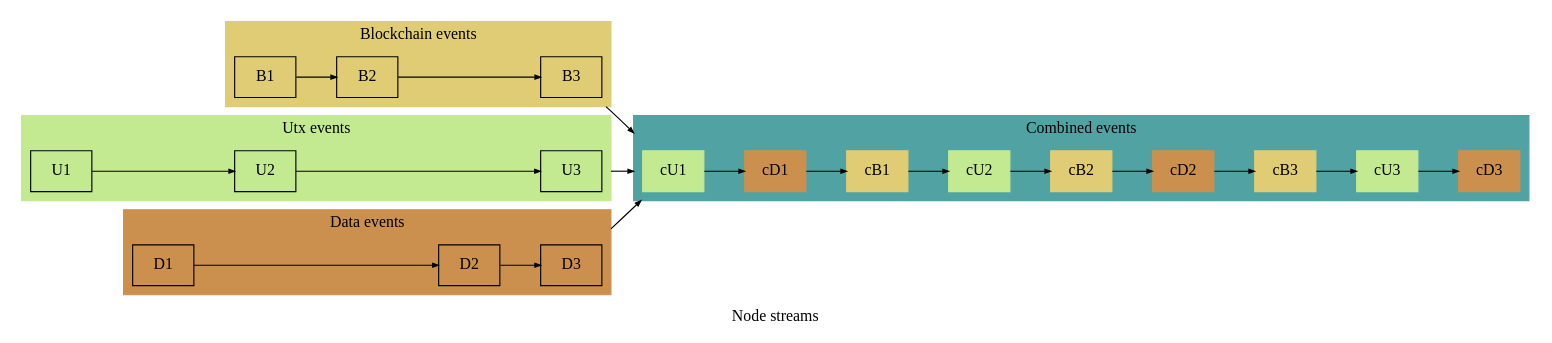
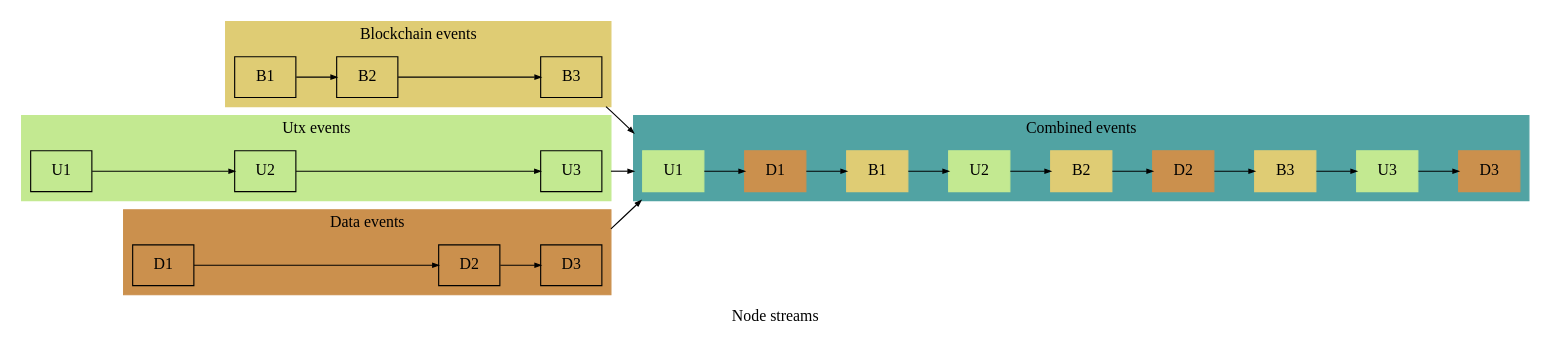
Before and after one commit to wavesplatform/matcher: the diagram in docs/images/wni-streams.dot, drawn with Graphviz. The commit also changed 8 other files, not shown here.

```diff
--- a/docs/images/wni-streams.dot
+++ b/docs/images/wni-streams.dot
@@ -1,59 +1,59 @@
 // @formatter:off
 digraph MatcherNodeStreams {
   graph [label="Node streams", newrank="true", rankdir=LR, compound=true]
   node [shape="box"]
   edge [fontsize=11, arrowsize=0.5]
 
   subgraph cluster_0 {
     B1 -> B2 -> B3
 
     label = "Blockchain events"
     style = "filled"
     color = "#DFCC74"
   }
 
   subgraph cluster_1 {
     U1 -> U2 [minlen=2]
     U2 -> U3 [minlen=3]
 
     label = "Utx events"
     style = "filled"
     color = "#C3E991"
   }
 
   subgraph cluster_2 {
     D1 -> D2 [minlen=3]
     D2 -> D3
 
     label = "Data events"
     style = "filled"
     color = "#CB904D"
   }
 
   subgraph cluster_3 {
     label = "Combined events"
     style = "filled"
     color = "#51A3A3"
 
     cU1 -> cD1 -> cB1 -> cU2 -> cB2 -> cD2 -> cB3 -> cU3 -> cD3
 
-    cB1 [style="filled", color="#DFCC74"]
-    cB2 [style="filled", color="#DFCC74"]
-    cB3 [style="filled", color="#DFCC74"]
+    cB1 [label="B1", style="filled", color="#DFCC74"]
+    cB2 [label="B2", style="filled", color="#DFCC74"]
+    cB3 [label="B3", style="filled", color="#DFCC74"]
 
-    cU1 [style="filled", color="#C3E991"]
-    cU2 [style="filled", color="#C3E991"]
-    cU3 [style="filled", color="#C3E991"]
+    cU1 [label="U1", style="filled", color="#C3E991"]
+    cU2 [label="U2", style="filled", color="#C3E991"]
+    cU3 [label="U3", style="filled", color="#C3E991"]
 
-    cD1 [style="filled", color="#CB904D"]
-    cD2 [style="filled", color="#CB904D"]
-    cD3 [style="filled", color="#CB904D"]
+    cD1 [label="D1", style="filled", color="#CB904D"]
+    cD2 [label="D2", style="filled", color="#CB904D"]
+    cD3 [label="D3", style="filled", color="#CB904D"]
   }
 
   B3 -> cU1 [ltail=cluster_0, lhead=cluster_3]
   U3 -> cU1 [ltail=cluster_1, lhead=cluster_3]
   D3 -> cU1 [ltail=cluster_2, lhead=cluster_3]
 
   {rank = same; B1 U2}
   {rank = same; B3 D3}
 }
```
